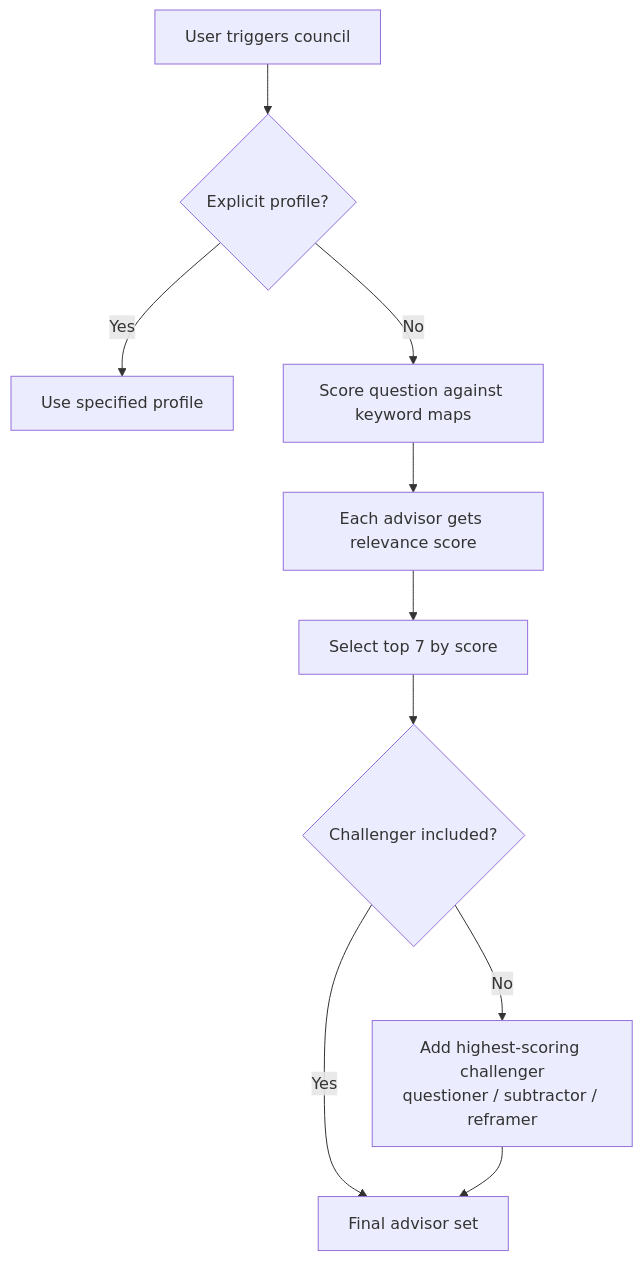
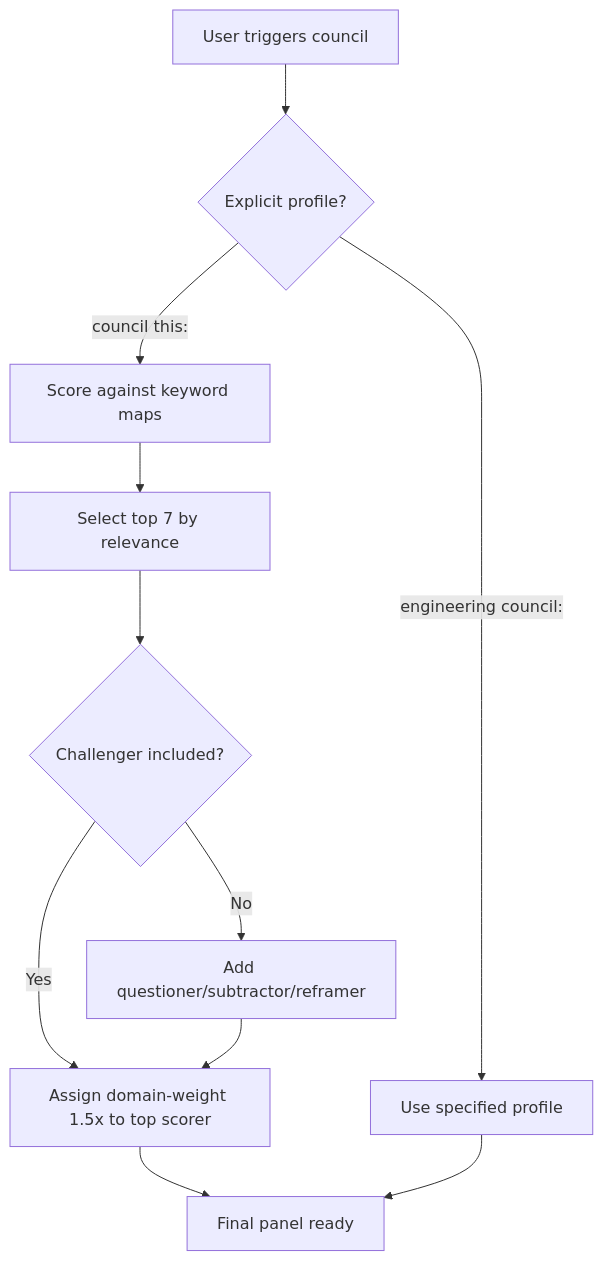
The fourth of 6 diagrams in docs/architecture.md (BhavanPatel/council-of-minds), drawn with Mermaid before and after one commit. The commit also changed other lines of this file and 5 other files, not shown here.

````diff
--- a/docs/architecture.md
+++ b/docs/architecture.md
@@ -91,15 +96,16 @@
 ```mermaid
 flowchart TD
     Start[User triggers council] --> Explicit{Explicit profile?}
-    
-    Explicit -->|Yes| Use[Use specified profile]
-    Explicit -->|No| Keywords[Score question against keyword maps]
-    
-    Keywords --> Score[Each advisor gets relevance score]
-    Score --> Top7[Select top 7 by score]
-    Top7 --> Challenger{Challenger included?}
-    
-    Challenger -->|Yes| Done[Final advisor set]
-    Challenger -->|No| Add[Add highest-scoring challenger<br/>questioner / subtractor / reframer]
-    Add --> Done
+
+    Explicit -->|"engineering council:"| Use[Use specified profile]
+    Explicit -->|"council this:"| Keywords[Score against keyword maps]
+
+    Keywords --> Top["Select top 7 by relevance"]
+    Top --> Challenger{Challenger included?}
+
+    Challenger -->|Yes| Weight[Assign domain-weight 1.5x to top scorer]
+    Challenger -->|No| Add[Add questioner/subtractor/reframer]
+    Add --> Weight
+    Weight --> Done[Final panel ready]
+    Use --> Done
 ```
````
